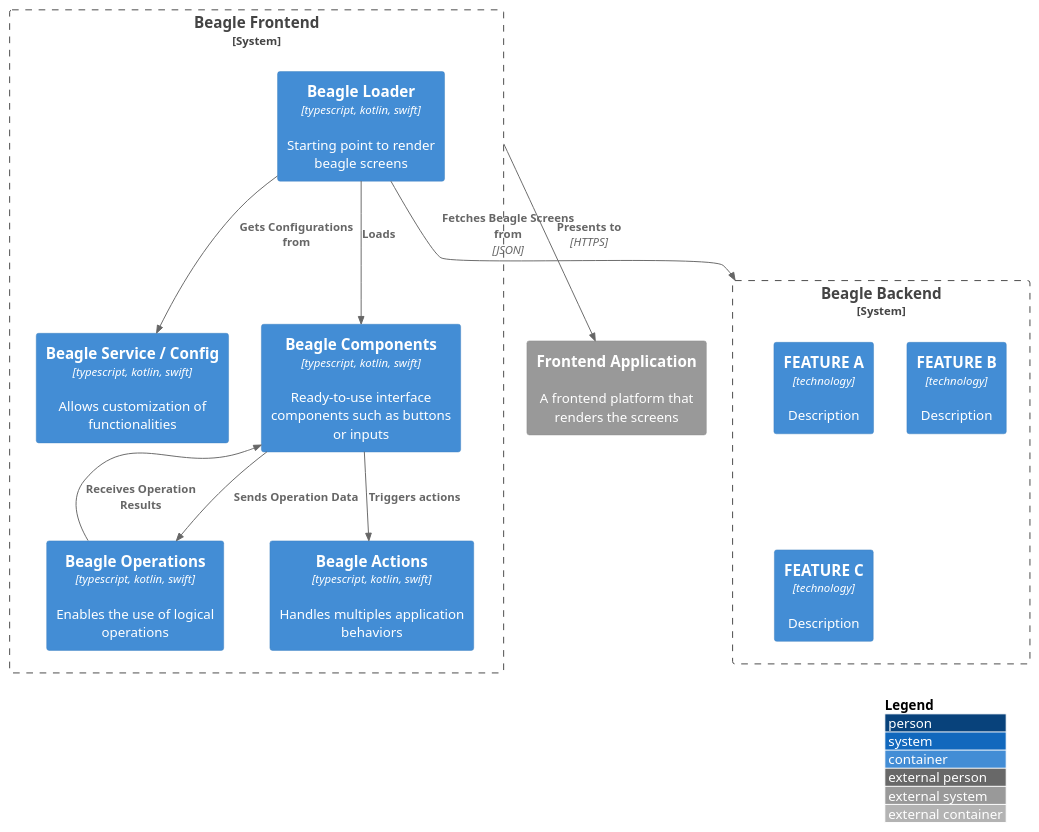
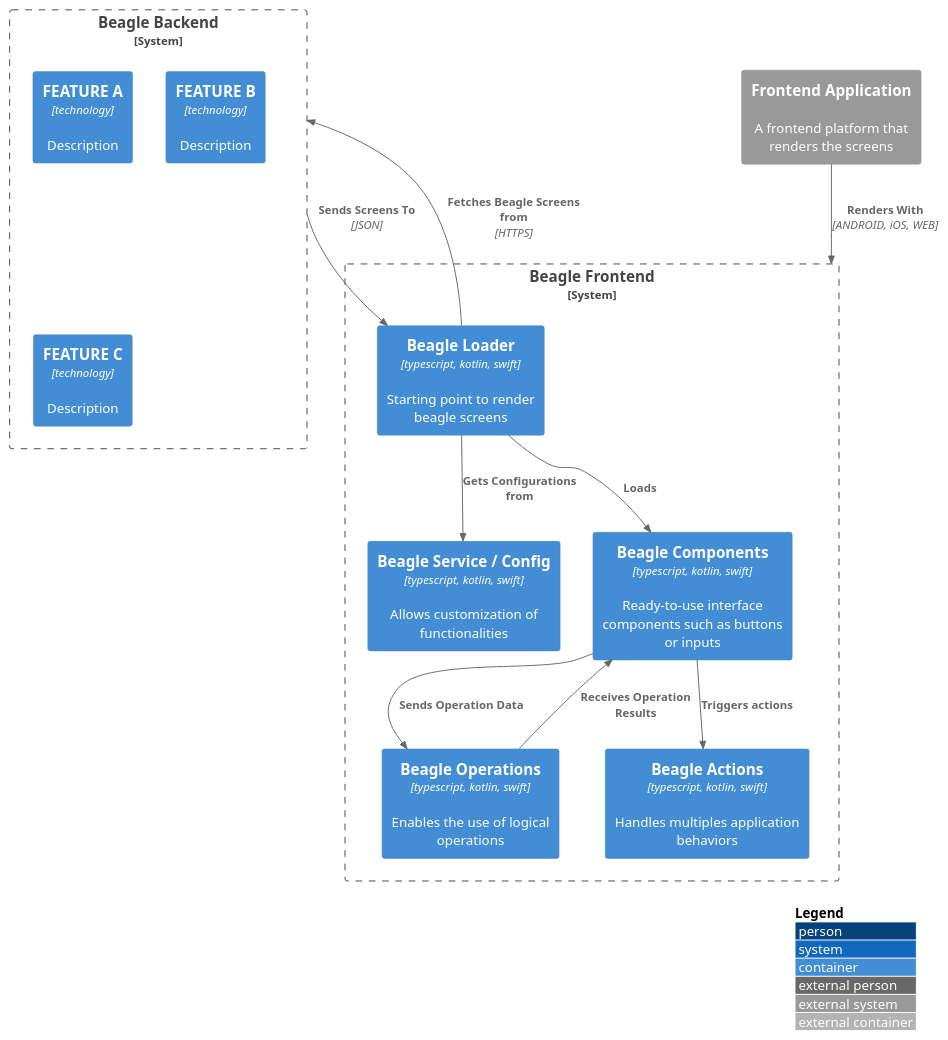
One commit to hectorcustodiozup/Beagle-C4-Model changed the diagram in src/Beagle Containers/beagle-frontend.container.puml. Above: the diagram before and after it, drawn with PlantUML.

Commit message:
Updates description

```diff
--- a/src/Beagle Containers/beagle-frontend.container.puml
+++ b/src/Beagle Containers/beagle-frontend.container.puml
@@ -1,31 +1,32 @@
 @startuml
 !include https://raw.githubusercontent.com/adrianvlupu/C4-PlantUML/latest/C4_Container.puml
 
 LAYOUT_WITH_LEGEND()
 
 System_Boundary(beagle_backend, "Beagle Backend") {
     Container(fea, "FEATURE A", "technology", "Description")
     Container(feb, "FEATURE B", "technology", "Description")
     Container(fec, "FEATURE C", "technology", "Description")
 }
 
 System_Boundary(beagle_frontend, "Beagle Frontend") {
     Container(beagle_action, "Beagle Actions", "typescript, kotlin, swift", "Handles multiples application behaviors")
     Container(beagle_operation, "Beagle Operations", "typescript, kotlin, swift", "Enables the use of logical operations")
     Container(beagle_service, "Beagle Service / Config", "typescript, kotlin, swift", "Allows customization of functionalities")
     Container(beagle_loader, "Beagle Loader", "typescript, kotlin, swift", "Starting point to render beagle screens")
     Container(beagle_components, "Beagle Components", "typescript, kotlin, swift", "Ready-to-use interface components such as buttons or inputs")
 
     
     Rel(beagle_loader, beagle_service, "Gets Configurations from")
     Rel(beagle_components, beagle_operation, "Sends Operation Data")
     Rel(beagle_operation, beagle_components, "Receives Operation Results")
     Rel(beagle_components, beagle_action, "Triggers actions")
     Rel(beagle_loader, beagle_components, "Loads")
 }
 
 System_Ext(frontend_app, "Frontend Application", "A frontend platform that renders the screens")
 
-Rel(beagle_frontend, frontend_app, "Presents to", "HTTPS")
-Rel(beagle_loader, beagle_backend, "Fetches Beagle Screens from", "JSON")
+Rel(frontend_app, beagle_frontend, "Renders With", "ANDROID, iOS, WEB")
+Rel(beagle_loader, beagle_backend, "Fetches Beagle Screens from", "HTTPS")
+Rel(beagle_backend, beagle_loader, "Sends Screens To", "JSON")
 @enduml
```
